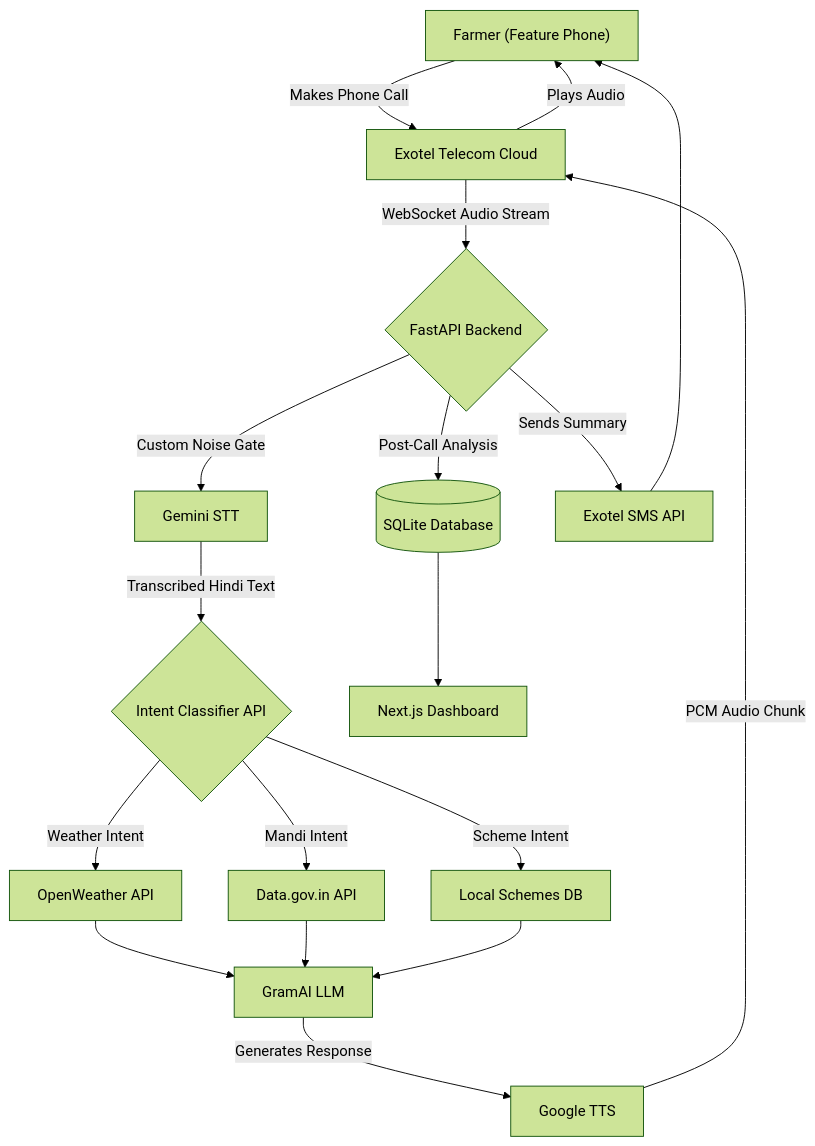
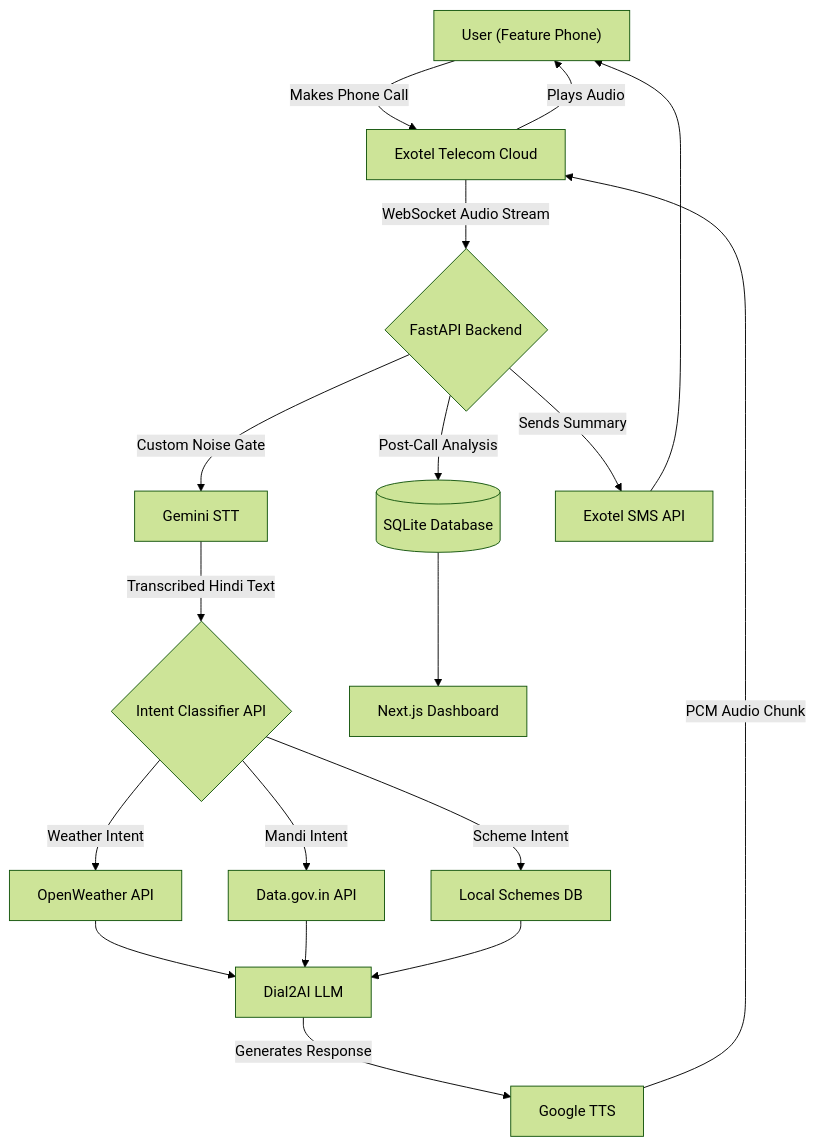
Before and after one commit to sagarhundia2-ops/demo: the diagram in Readme.md, drawn with Mermaid (forest theme). The commit also changed other lines of this file and 1 other file, not shown here.

Commit message:
docs: 🚀 Rebranded to Dial2AI, added official Indian telecom statistics, and detailed competitive analysis

````diff
--- a/Readme.md
+++ b/Readme.md
@@ -36,20 +56,20 @@
 ```mermaid
 graph TD
-    A["Farmer (Feature Phone)"] -->|"Makes Phone Call"| B["Exotel Telecom Cloud"]
+    A["User (Feature Phone)"] -->|"Makes Phone Call"| B["Exotel Telecom Cloud"]
     B -->|"WebSocket Audio Stream"| C{"FastAPI Backend"}
     C -->|"Custom Noise Gate"| D["Gemini STT"]
     D -->|"Transcribed Hindi Text"| E{"Intent Classifier API"}
     E -->|"Weather Intent"| F["OpenWeather API"]
     E -->|"Mandi Intent"| G["Data.gov.in API"]
     E -->|"Scheme Intent"| H["Local Schemes DB"]
-    F --> I["GramAI LLM"]
+    F --> I["Dial2AI LLM"]
     G --> I
     H --> I
     I -->|"Generates Response"| J["Google TTS"]
     J -->|"PCM Audio Chunk"| B
     B -->|"Plays Audio"| A
     C -->|"Post-Call Analysis"| K[("SQLite Database")]
     C -->|"Sends Summary"| L["Exotel SMS API"]
     L --> A
     K --> M["Next.js Dashboard"]
 ```
````
